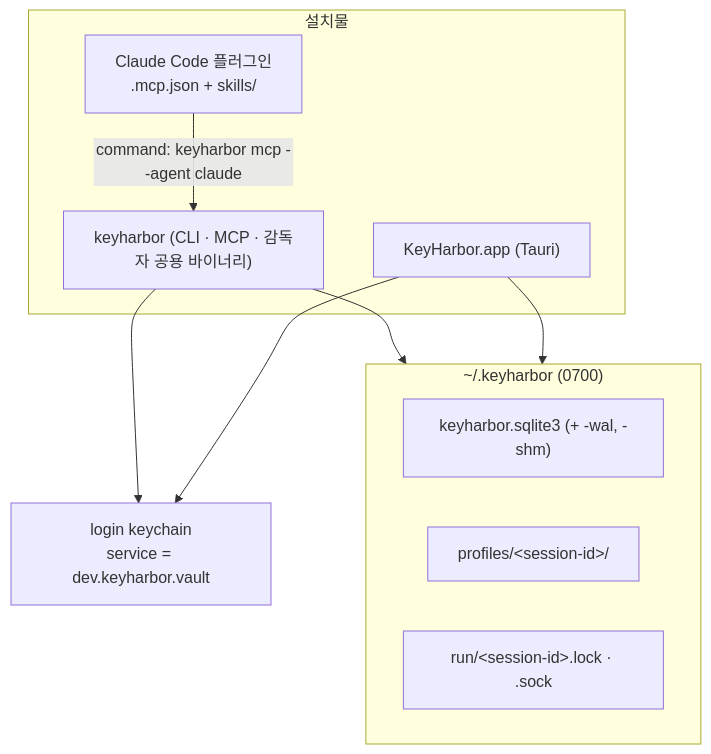
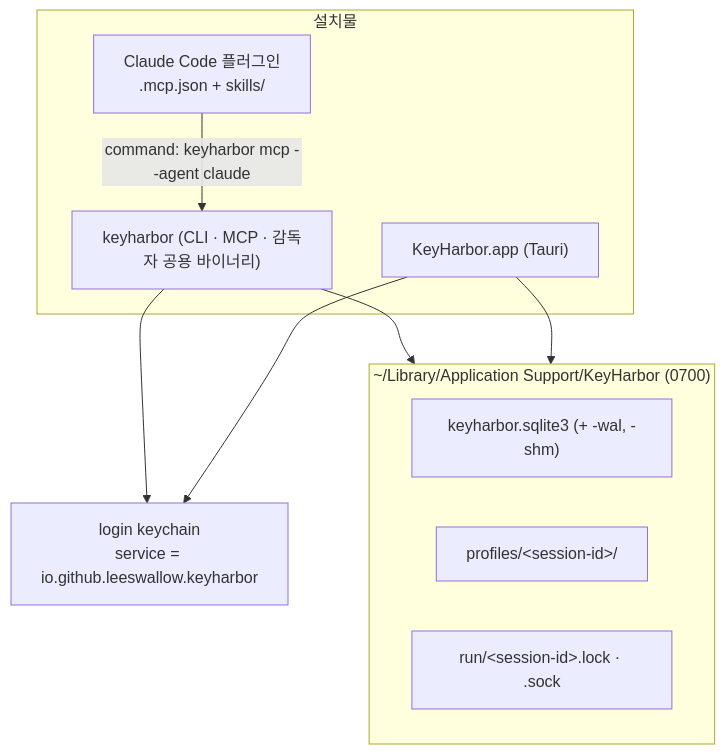
Diagram 13 of 13 in docs/design/02-system-architecture.md (LeeSwallow/KeyHarbor), drawn with Mermaid before and after one commit. The commit also changed other lines of this file and 7 other files, not shown here.

Commit message:
feat(cli)!: store data in Application Support and name the keychain service io.github.leeswallow.keyharbor

````diff
--- a/docs/design/02-system-architecture.md
+++ b/docs/design/02-system-architecture.md
@@ -448,17 +448,17 @@
 ```mermaid
 flowchart TB
-  subgraph fs["~/.keyharbor (0700)"]
+  subgraph fs["~/Library/Application Support/KeyHarbor (0700)"]
     db["keyharbor.sqlite3 (+ -wal, -shm)"]
     profiles["profiles/&lt;session-id&gt;/"]
     run["run/&lt;session-id&gt;.lock · .sock"]
   end
   subgraph bins["설치물"]
     b1["keyharbor (CLI · MCP · 감독자 공용 바이너리)"]
     b2["KeyHarbor.app (Tauri)"]
     b3["Claude Code 플러그인<br/>.mcp.json + skills/"]
   end
-  kc["login keychain<br/>service = dev.keyharbor.vault"]
+  kc["login keychain<br/>service = io.github.leeswallow.keyharbor"]
   b1 & b2 --> fs
   b1 & b2 --> kc
   b3 -->|"command: keyharbor mcp --agent claude"| b1
 ```
````
